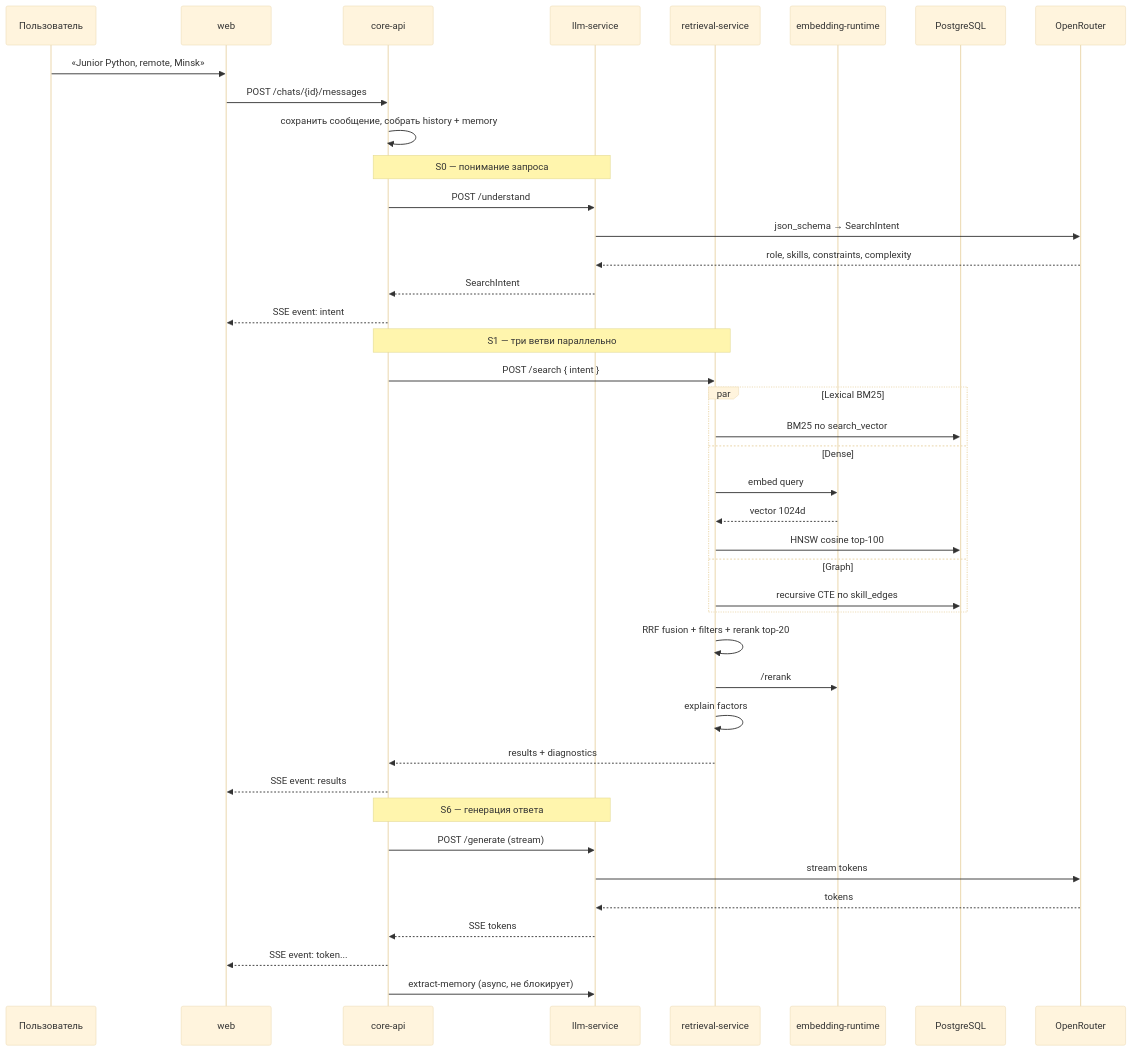
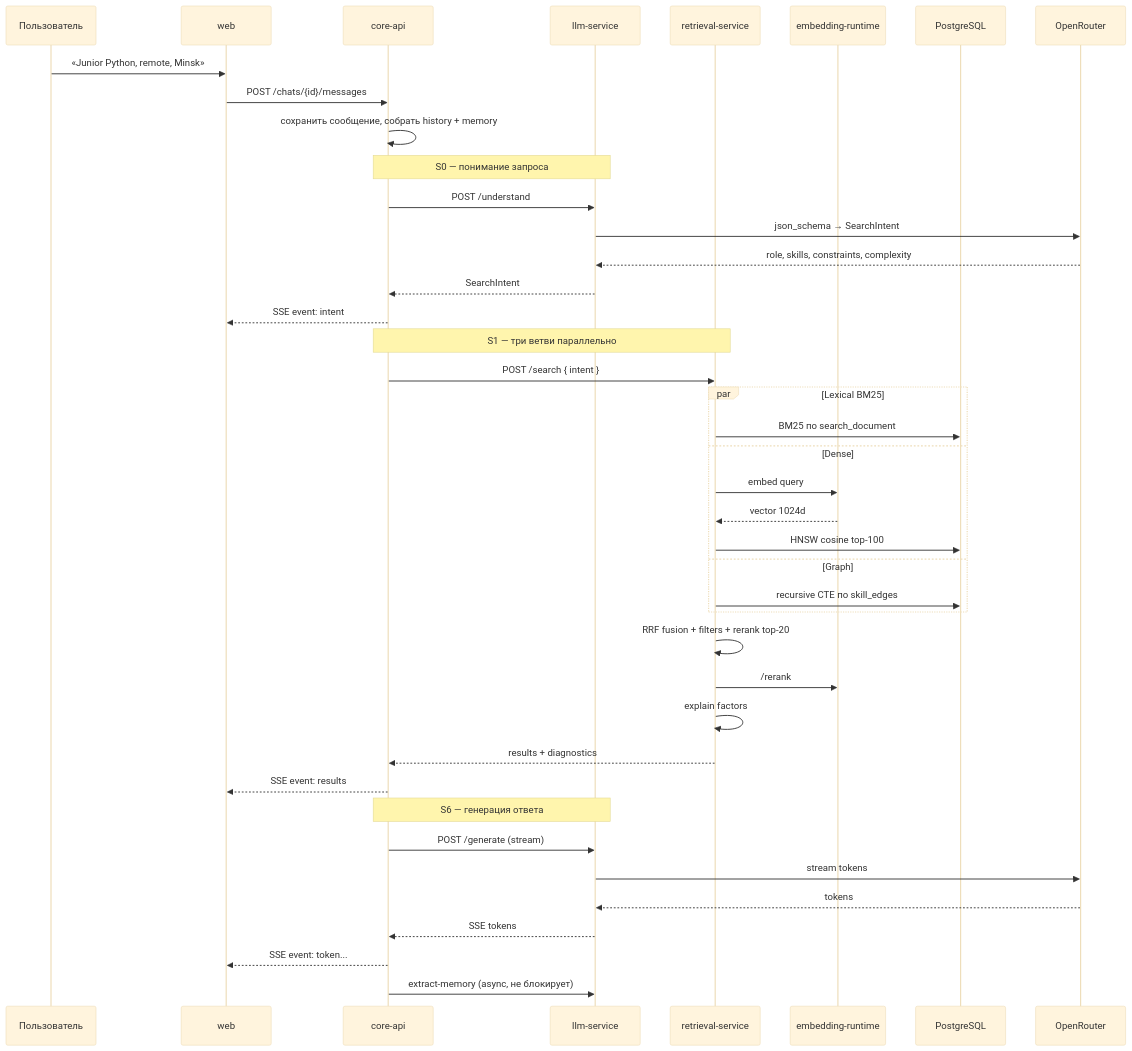
One commit to Daniello0/hira changed the second of 8 diagrams in Wiki/llm-lexical-graph-summary.md. Above: the diagram before and after it, drawn with Mermaid (base theme). The commit also changed other lines of this file and 5 other files, not shown here.

````diff
--- a/Wiki/llm-lexical-graph-summary.md
+++ b/Wiki/llm-lexical-graph-summary.md
@@ -79,47 +79,47 @@
 ```mermaid
 sequenceDiagram
     participant U as Пользователь
     participant W as web
     participant C as core-api
     participant L as llm-service
     participant R as retrieval-service
     participant T as embedding-runtime
     participant P as PostgreSQL
     participant O as OpenRouter
 
     U->>W: «Junior Python, remote, Minsk»
     W->>C: POST /chats/{id}/messages
     C->>C: сохранить сообщение, собрать history + memory
 
     Note over C,L: S0 — понимание запроса
     C->>L: POST /understand
     L->>O: json_schema → SearchIntent
     O-->>L: role, skills, constraints, complexity
     L-->>C: SearchIntent
     C-->>W: SSE event: intent
 
     Note over C,R: S1 — три ветви параллельно
     C->>R: POST /search { intent }
     par Lexical BM25
-        R->>P: BM25 по search_vector
+        R->>P: BM25 по search_document
     and Dense
         R->>T: embed query
         T-->>R: vector 1024d
         R->>P: HNSW cosine top-100
     and Graph
         R->>P: recursive CTE по skill_edges
     end
     R->>R: RRF fusion + filters + rerank top-20
     R->>T: /rerank
     R->>R: explain factors
     R-->>C: results + diagnostics
     C-->>W: SSE event: results
 
     Note over C,L: S6 — генерация ответа
     C->>L: POST /generate (stream)
     L->>O: stream tokens
     O-->>L: tokens
     L-->>C: SSE tokens
     C-->>W: SSE event: token...
     C->>L: extract-memory (async, не блокирует)
 ```
````
